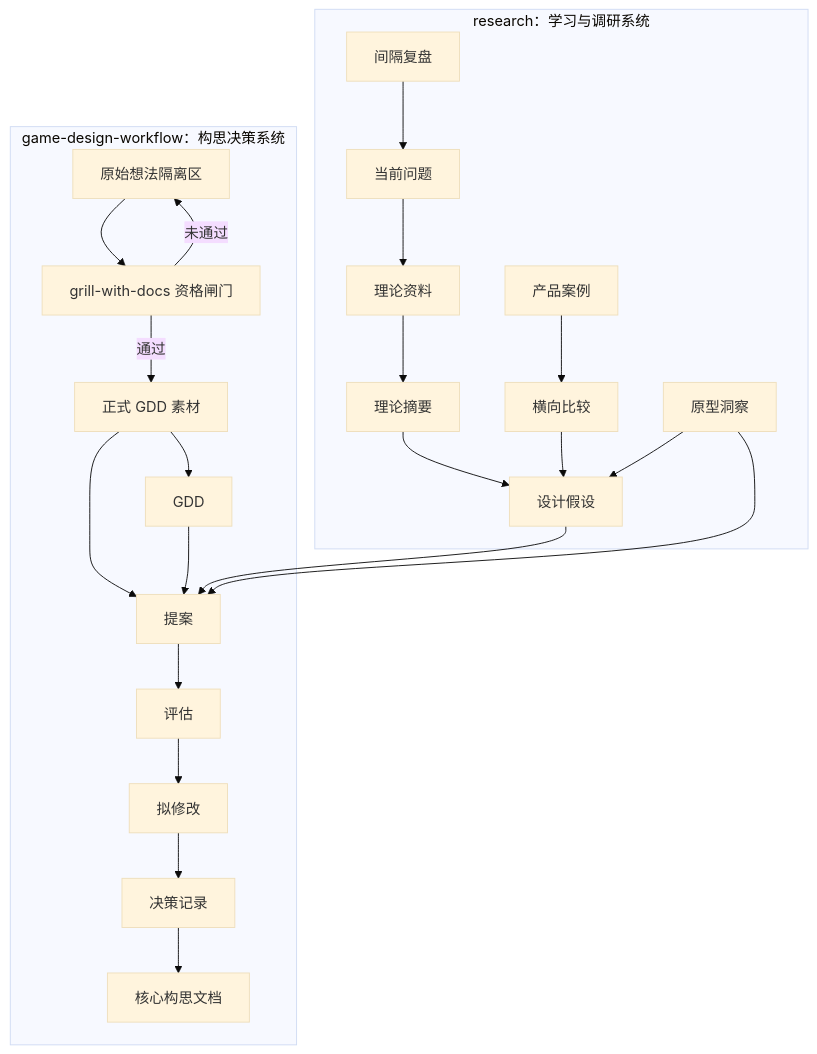
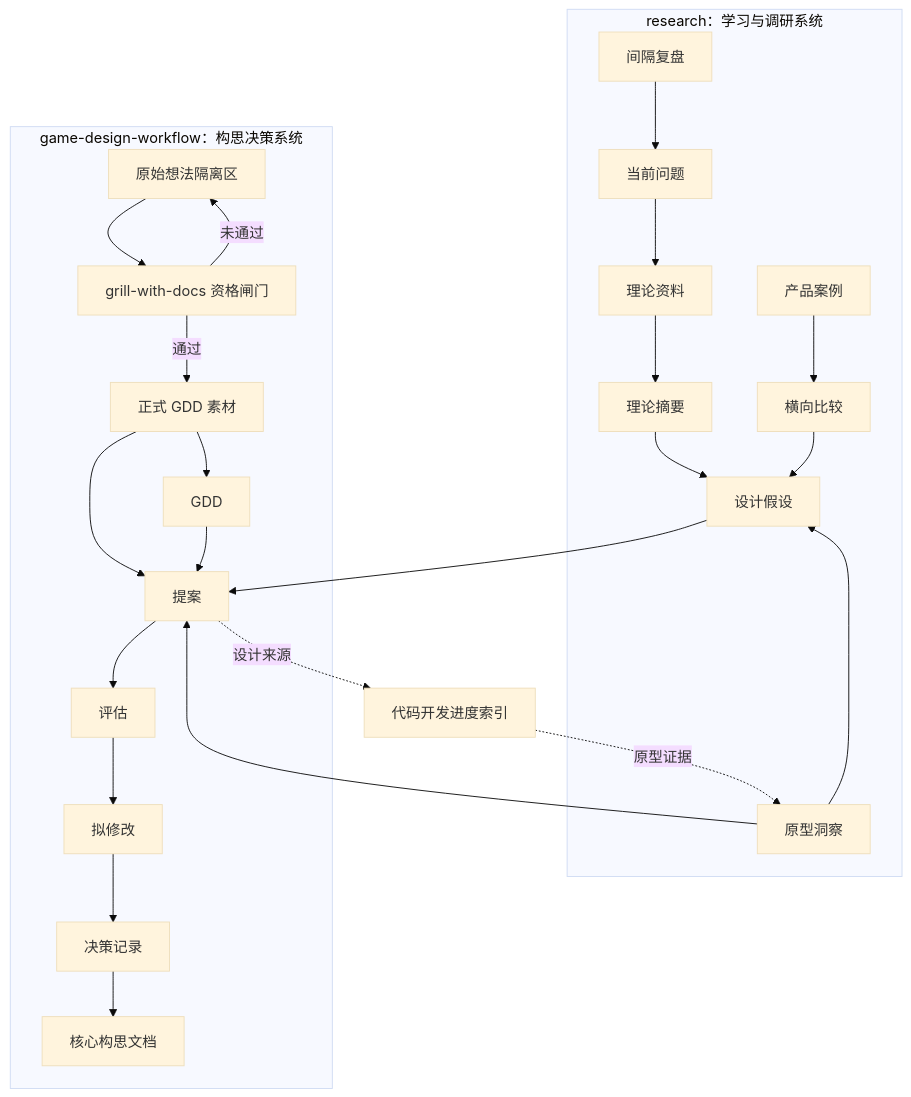
The diagram in docs/architecture-for-beginners.md (dsaj4/game_design), drawn with Mermaid (base theme) before and after one commit. The commit also changed other lines of this file and 24 other files, not shown here.

````diff
--- a/docs/architecture-for-beginners.md
+++ b/docs/architecture-for-beginners.md
@@ -16,47 +18,50 @@
 ```mermaid
 flowchart TB
     subgraph R[research：学习与调研系统]
         R0[当前问题]
         R1[理论资料]
         R2[理论摘要]
         R3[产品案例]
         R4[横向比较]
         R5[设计假设]
         R6[原型洞察]
         R7[间隔复盘]
 
         R0 --> R1
         R1 --> R2
         R2 --> R5
         R3 --> R4
         R4 --> R5
         R6 --> R5
         R7 --> R0
     end
 
     subgraph G[game-design-workflow：构思决策系统]
         G0["原始想法隔离区"]
         GQ["grill-with-docs 资格闸门"]
         GM["正式 GDD 素材"]
         GG["GDD"]
         G1[提案]
         G2[评估]
         G3[拟修改]
         G4[决策记录]
         G5[核心构思文档]
 
         G0 --> GQ
         GQ -->|通过| GM
         GQ -->|未通过| G0
         GM --> GG
         GM --> G1
         GG --> G1
         G1 --> G2
         G2 --> G3
         G3 --> G4
         G4 --> G5
     end
 
     R5 --> G1
     R6 --> G1
+
+    G1 -.设计来源.-> D["代码开发进度索引"]
+    D -.原型证据.-> R6
 ```
````
